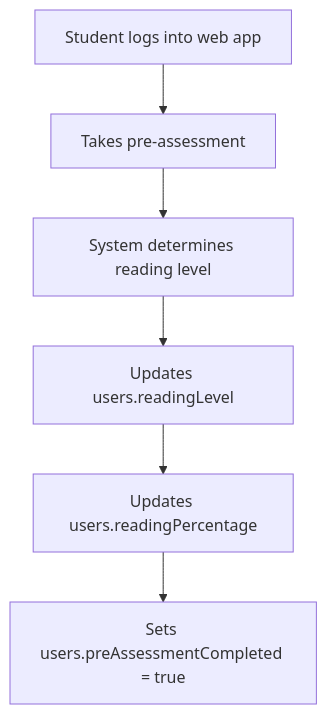
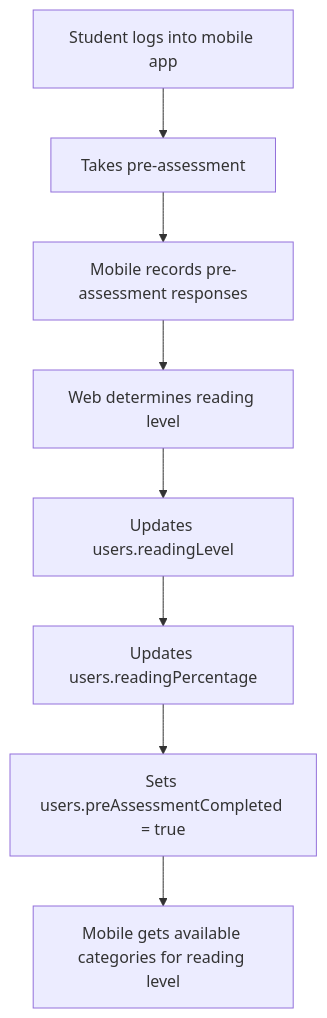
One commit to Phil1ipfs/Dyslexia changed the diagram in CLAUDE.md. Above: the diagram before and after it, drawn with Mermaid. The commit also changed other lines of this file and 13 other files, not shown here.

````diff
--- a/CLAUDE.md
+++ b/CLAUDE.md
@@ -949,8 +1070,10 @@
 ```mermaid
 graph TD
-    A[Student logs into web app] --> B[Takes pre-assessment]
-    B --> C[System determines reading level]
-    C --> D[Updates users.readingLevel]
-    D --> E[Updates users.readingPercentage]
-    E --> F[Sets users.preAssessmentCompleted = true]
+    A[Student logs into mobile app] --> B[Takes pre-assessment]
+    B --> C[Mobile records pre-assessment responses]
+    C --> D[Web determines reading level]
+    D --> E[Updates users.readingLevel]
+    E --> F[Updates users.readingPercentage]
+    F --> G[Sets users.preAssessmentCompleted = true]
+    G --> H[Mobile gets available categories for reading level]
 ```
````
